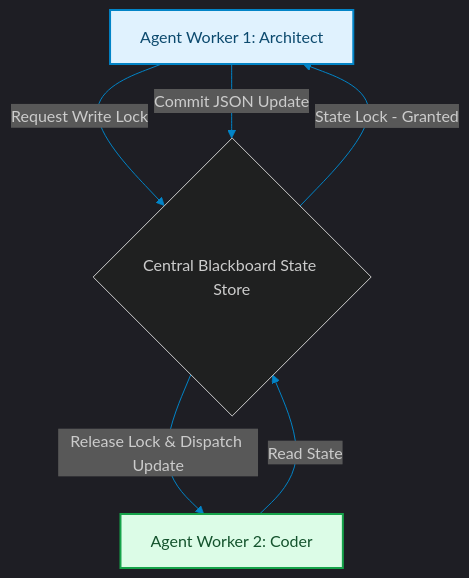
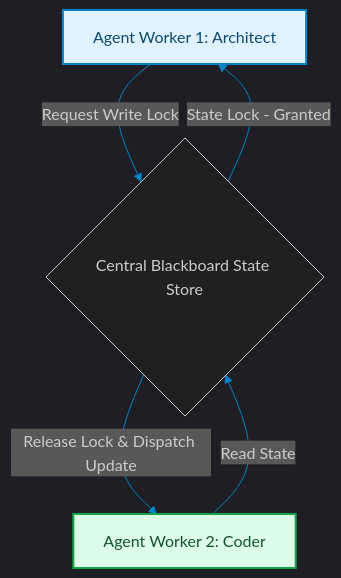
The diagram in blog/posts/memory-blackboard-design-pattern-agent-state.md (akmalkhaniub/akmalkhaniub.github.io), drawn with Mermaid before and after one commit. The commit also changed other lines of this file and 894 other files, not shown here.

Commit message:
feat(blog): upgrade all 444 posts with unique staggered dates, 2-col Mermaid spines, benchmark tables, code blocks, and trade-offs

````diff
--- a/blog/posts/memory-blackboard-design-pattern-agent-state.md
+++ b/blog/posts/memory-blackboard-design-pattern-agent-state.md
@@ -16,18 +16,17 @@
 ```mermaid
 %%{init: {'theme': 'dark', 'themeVariables': { 'primaryColor': '#0284c7', 'primaryTextColor': '#f3f4f6', 'primaryBorderColor': '#38bdf8', 'lineColor': '#0284c7', 'secondaryColor': '#111827', 'tertiaryColor': '#0b0f19'}}}%%
 flowchart TD
     Agent1["Agent Worker 1: Architect"] -->|Request Write Lock| BB{Central Blackboard State Store}
     Agent2["Agent Worker 2: Coder"] -->|Read State| BB
     
     BB -->|State Lock - Granted| Agent1
-    Agent1 -->|Commit JSON Update| BB
     BB -->|Release Lock & Dispatch Update| Agent2
 
 classDef green fill:#dcfce7,stroke:#16a34a,stroke-width:2px,color:#14532d;
 classDef red fill:#fee2e2,stroke:#dc2626,stroke-width:2px,color:#7f1d1d;
 classDef blue fill:#e0f2fe,stroke:#0284c7,stroke-width:2px,color:#0c4a6e;
 classDef yellow fill:#fef3c7,stroke:#d97706,stroke-width:2px,color:#78350f;
 classDef purple fill:#ede9fe,stroke:#7c3aed,stroke-width:2px,color:#4c1d95;
 class Agent1 blue
 class Agent2 green
 ```
````
